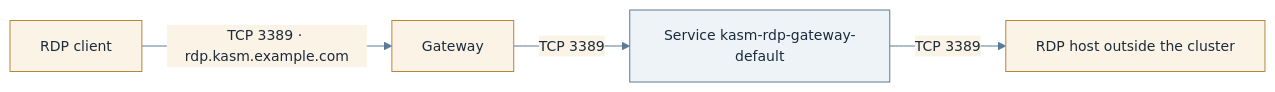
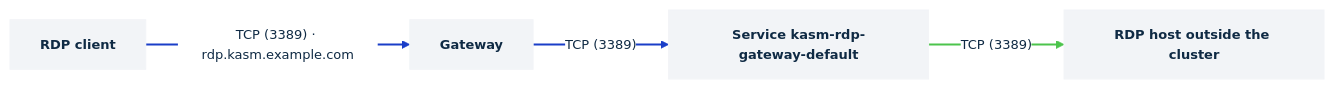
The diagram in docs/how-to/networking/gateway-api-tcproute.md (kasmtech/kasm-helm), drawn with Mermaid before and after one commit. The commit also changed 35 other files, not shown here.

First line of the commit message:
Kasm diagram theme, and the operator and agent fixes verified against the dev builds

````diff
--- a/docs/how-to/networking/gateway-api-tcproute.md
+++ b/docs/how-to/networking/gateway-api-tcproute.md
@@ -13,9 +13,14 @@
 ```mermaid
-%%{init: {"theme":"base","themeVariables":{"primaryColor":"#eef3f8","primaryBorderColor":"#5b7a99","primaryTextColor":"#1d2b3a","secondaryColor":"#fbf3e6","secondaryBorderColor":"#b8863b","tertiaryColor":"#eaf5ec","tertiaryBorderColor":"#4f8a5b","lineColor":"#5b7a99","fontFamily":"Inter, Helvetica, Arial, sans-serif","fontSize":"14px"},"flowchart":{"curve":"basis","htmlLabels":true}}}%%
+%%{init: {"theme":"base","themeVariables":{"background":"#ffffff","primaryColor":"#f2f4f7","primaryBorderColor":"#f2f4f7","primaryTextColor":"#0f2a44","lineColor":"#0f2a44","clusterBkg":"#ffffff","clusterBorder":"#4a4a4a","edgeLabelBackground":"#ffffff","fontFamily":"Montserrat, Helvetica, Arial, sans-serif","fontSize":"13px"},"flowchart":{"curve":"linear","htmlLabels":true,"nodeSpacing":36,"rankSpacing":64}}}%%
 flowchart LR
-  rdp["RDP client"] -->|"TCP 3389 · rdp.kasm.example.com"| gw["Gateway"]
-  gw -->|"TCP 3389"| rdpgw["Service kasm-rdp-gateway-default"]
-  rdpgw -->|"TCP 3389"| host["RDP host outside the cluster"]
-  classDef ext fill:#fbf3e6,stroke:#b8863b
-  class rdp,gw,host ext
+  rdp["RDP client"]:::card
+  gw["Gateway"]:::card
+  rdpgw["Service kasm-rdp-gateway-default"]:::card
+  host["RDP host outside the cluster"]:::card
+  rdp -->|"TCP (3389) · rdp.kasm.example.com"| gw
+  gw -->|"TCP (3389)"| rdpgw
+  rdpgw -->|"TCP (3389)"| host
+  classDef card fill:#f2f4f7,stroke:#f2f4f7,color:#0f2a44,font-weight:600
+  linkStyle 0,1 stroke:#1a3ec8,stroke-width:2px
+  linkStyle 2 stroke:#4cc44c,stroke-width:2px
 ```
````
